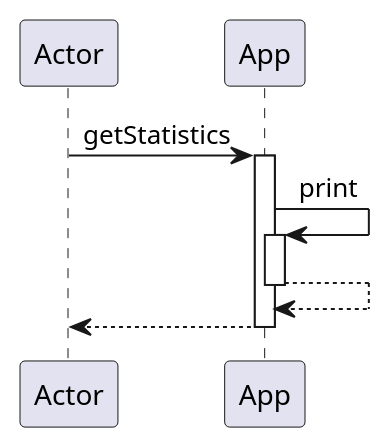
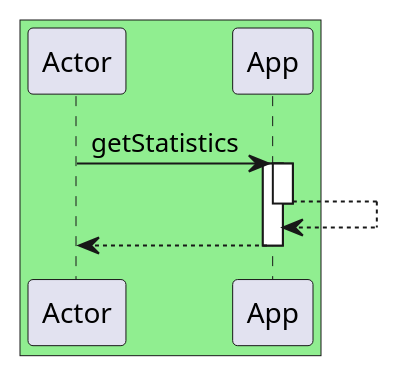
The diagram in ShowStatisticsSequenceDiagram.puml (jonatanr2000/databaseprojsekt-del2), drawn with PlantUML before and after one commit. The commit also changed 3 other files, not shown here.

Commit message:
vegan uml

```diff
--- a/ShowStatisticsSequenceDiagram.puml
+++ b/ShowStatisticsSequenceDiagram.puml
@@ -1,10 +1,10 @@
 @startuml
+box #lightgreen
 participant Actor
 Actor -> App : getStatistics
 activate App
-App -> App : print
 activate App
 App --> App
 deactivate App
 return
 @enduml
```
